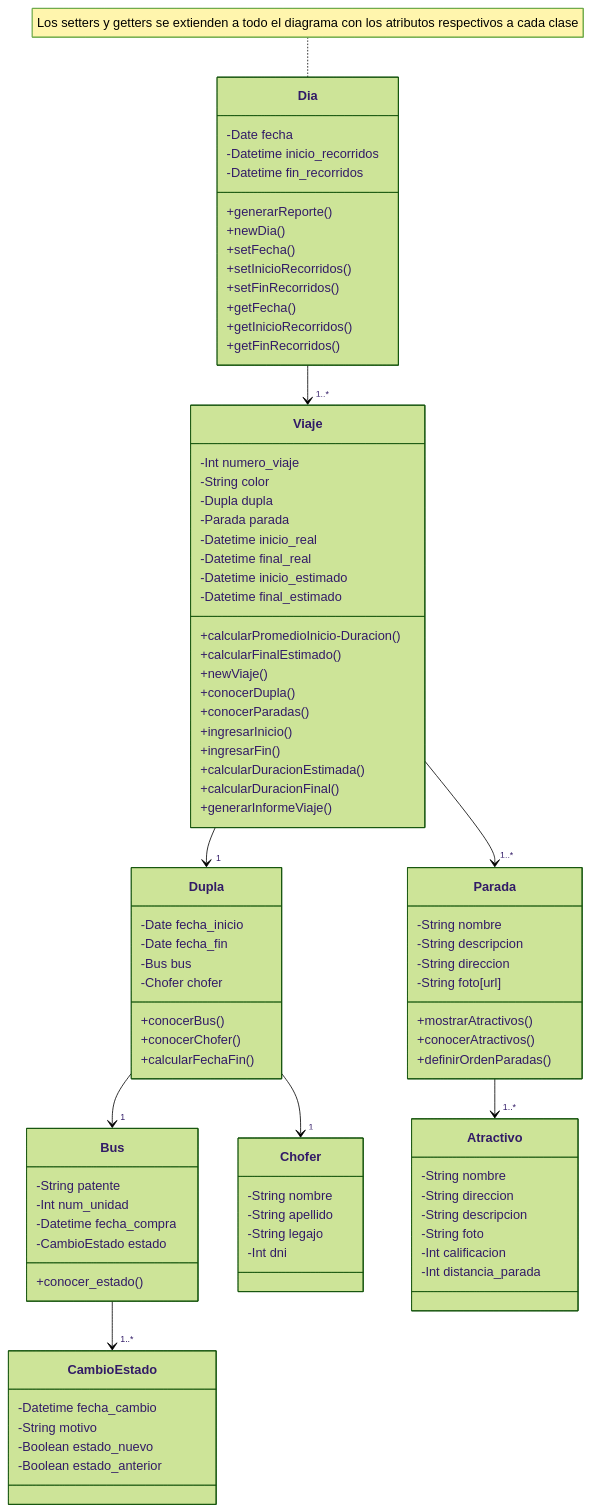
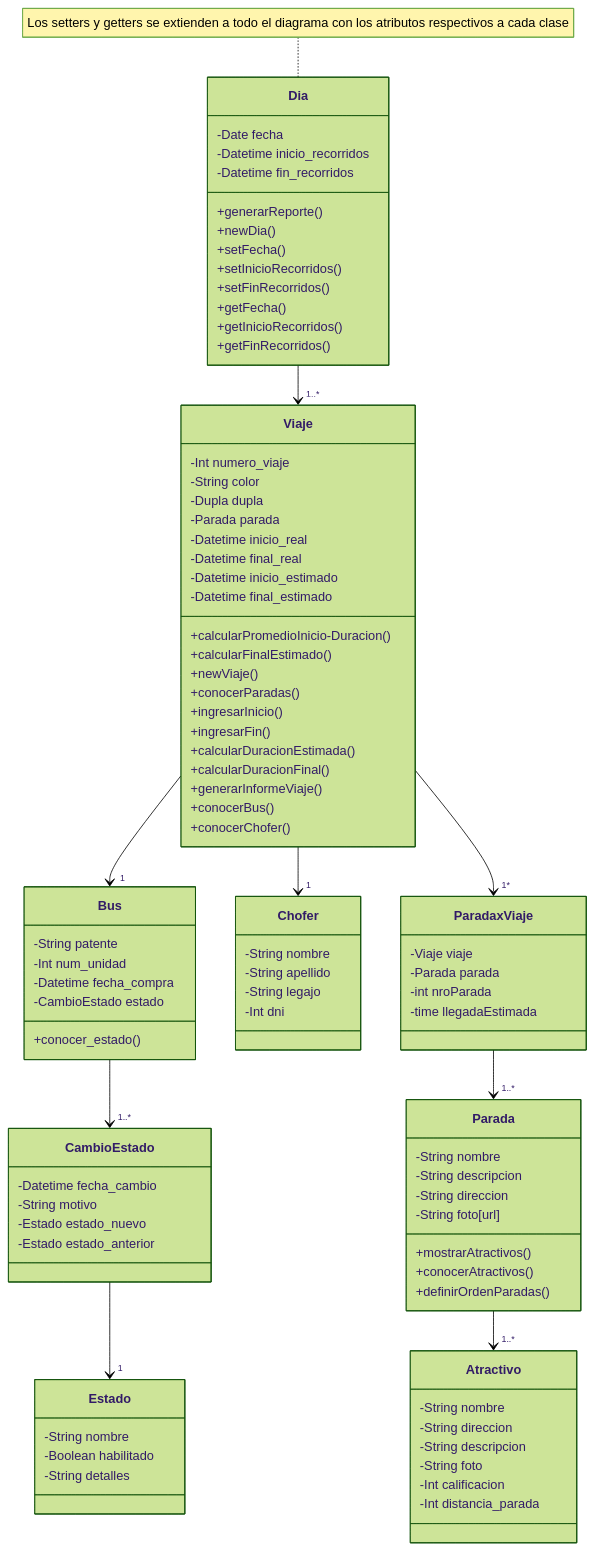
Before and after one commit to Abril-Teo/BusTuristico: the diagram in README.md, drawn with Mermaid (forest theme).

````diff
--- a/README.md
+++ b/README.md
@@ -8,14 +8,14 @@
 classDiagram
 
 Dia --> "1..*" Viaje
-Viaje --> "1" Dupla
-Dupla --> "1" Bus
-Dupla --> "1" Chofer
+Viaje --> "1" Bus
+Viaje --> "1" Chofer
 
 Bus --> "1..*" CambioEstado
-Viaje --> "1..*" Parada
+Viaje --> "1*" ParadaxViaje
+ParadaxViaje --> "1..*" Parada
 Parada --> "1..*" Atractivo
-
+CambioEstado --> "1" Estado
     class Parada{
         -String nombre
         -String descripcion
@@ -43,8 +43,13 @@
     class CambioEstado{
         -Datetime fecha_cambio
         -String motivo
-        -Boolean estado_nuevo
-        -Boolean estado_anterior
+        -Estado estado_nuevo
+        -Estado estado_anterior
+    }
+    class Estado{
+        -String nombre
+        -Boolean habilitado
+        -String detalles
     }
     class Chofer{
         -String nombre
@@ -79,21 +84,20 @@
         +calcularPromedioInicio-Duracion()
         +calcularFinalEstimado()
         +newViaje()
-        +conocerDupla()
         +conocerParadas()
         +ingresarInicio()
         +ingresarFin()
         +calcularDuracionEstimada()
         +calcularDuracionFinal()
         +generarInformeViaje()
-    }
-    class Dupla {
-        -Date fecha_inicio
-        -Date fecha_fin
-        -Bus bus
-        -Chofer chofer
         +conocerBus()
         +conocerChofer()
-        +calcularFechaFin()
+    }
+
+    class ParadaxViaje {
+        -Viaje viaje
+        -Parada parada
+        -int nroParada
+        -time llegadaEstimada
     }
 ```
````
